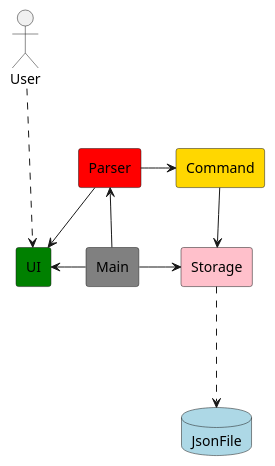
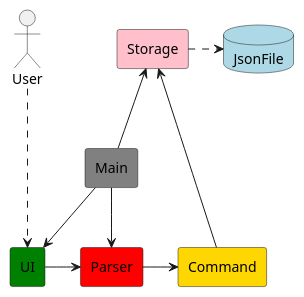
One commit to nus-cs2113-AY2425S1/tp changed the diagram in uml-diagrams/ArchitectureDiagram.puml. Above: the diagram before and after it, drawn with PlantUML. The commit also changed 4 other files, not shown here.

Commit message:
Do a simple sequence for overall path

```diff
--- a/uml-diagrams/ArchitectureDiagram.puml
+++ b/uml-diagrams/ArchitectureDiagram.puml
@@ -1,27 +1,27 @@
 @startuml
 
 skinparam componentStyle rectangle
 
 actor User
 database JsonFile #lightblue
 
 component UI #green
 component Parser #red
 component Main #gray
 component Storage #pink
 component Command #gold
 
 User -down.-> UI
-Parser -down-> UI
+UI -right-> Parser
 
-Main -left-> Parser
-Main -left-> UI
-Main -right-> Storage
+Main -down-> Parser
+Main -down-> UI
+Main -up-> Storage
 
 Command -down-> Storage
 Parser -right-> Command
 
 
-Storage -down.-> JsonFile
+Storage -right.-> JsonFile
 
 @enduml
```
